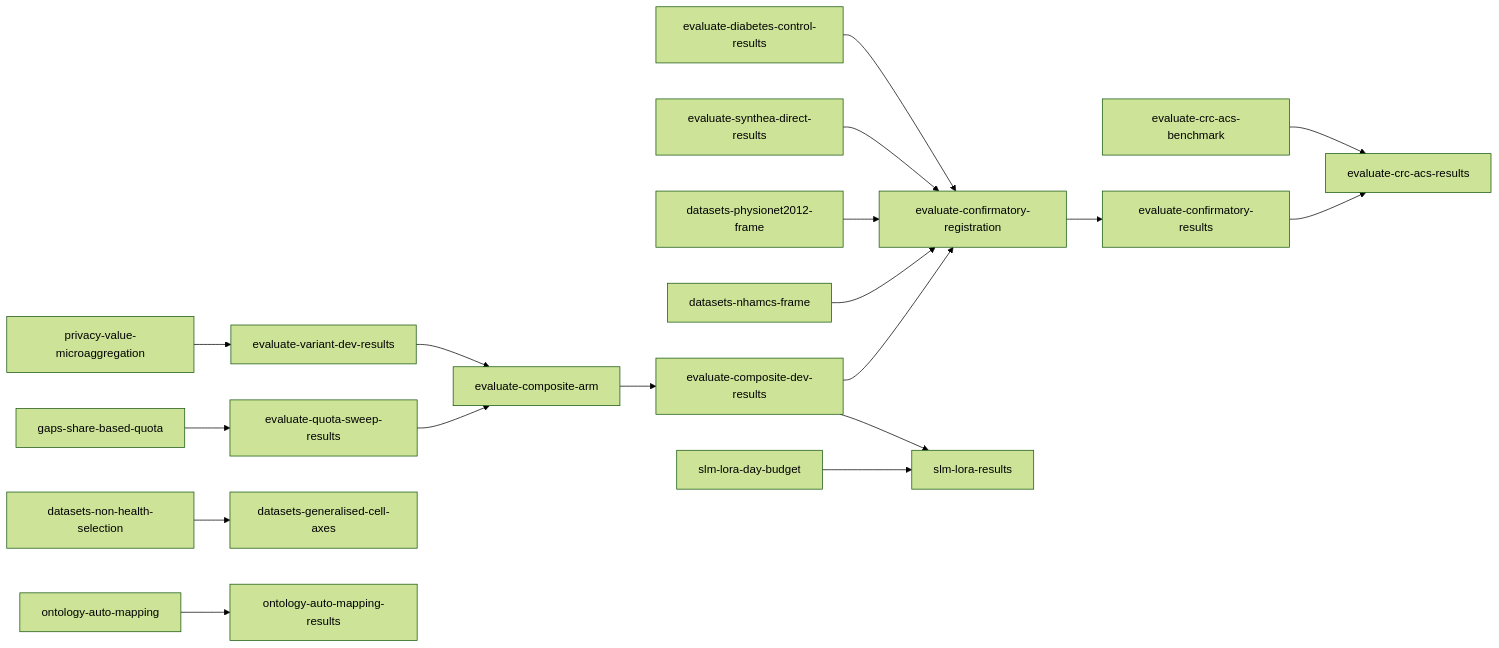
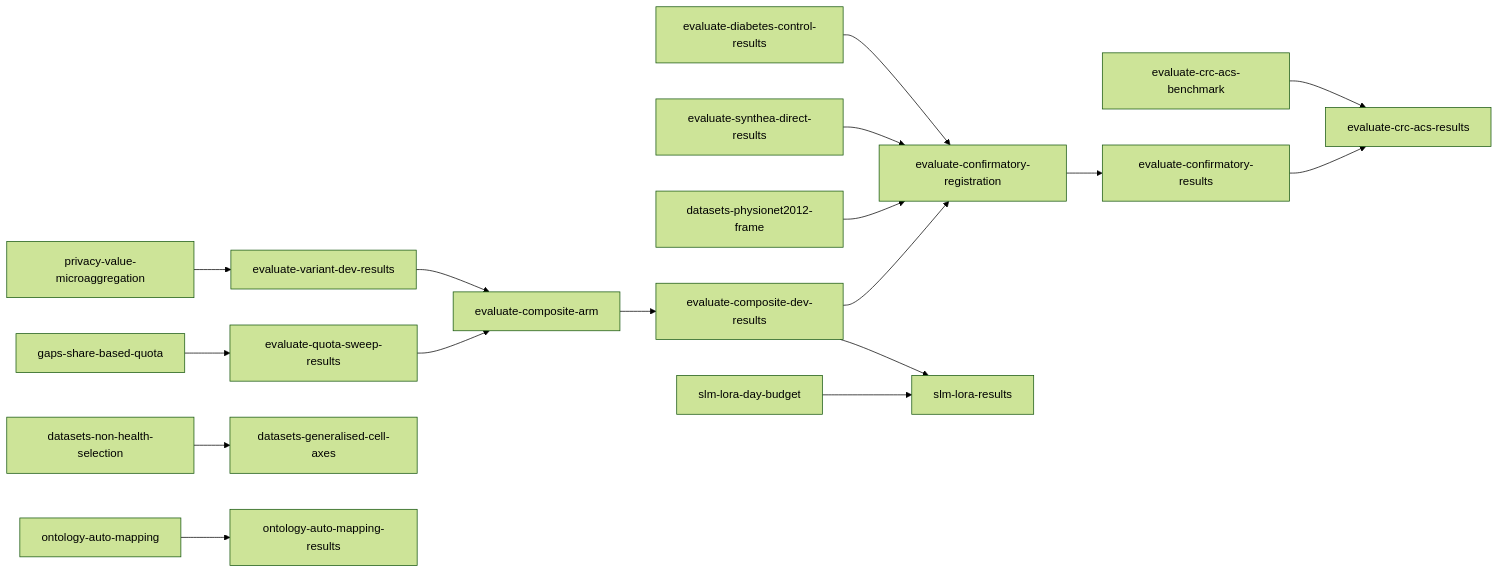
The diagram in tasks/direct-index.md (joe-dartmouth/synthetic), drawn with Mermaid (forest theme) before and after one commit. The commit also changed other lines of this file and 41 other files, not shown here.

First line of the commit message:
Add the NHAMCS 2022 ED frame with ICD-10-CM rows (#139)

````diff
--- a/tasks/direct-index.md
+++ b/tasks/direct-index.md
@@ -64,20 +63,19 @@
 ```mermaid
 flowchart LR
     u16[privacy-value-microaggregation] --> u19[evaluate-variant-dev-results]
     u20[gaps-share-based-quota] --> u21[evaluate-quota-sweep-results]
     u49[datasets-non-health-selection] --> u50[datasets-generalised-cell-axes]
     u19 --> u28[evaluate-composite-arm]
     u21 --> u28
     u28 --> u29[evaluate-composite-dev-results]
     u7[evaluate-diabetes-control-results] --> u30[evaluate-confirmatory-registration]
     u8[evaluate-synthea-direct-results] --> u30
     u47[datasets-physionet2012-frame] --> u30
-    u48[datasets-nhamcs-frame] --> u30
     u29 --> u30
     u30 --> u31[evaluate-confirmatory-results]
     u41[evaluate-crc-acs-benchmark] --> u42[evaluate-crc-acs-results]
     u31 --> u42
     u32[ontology-auto-mapping] --> u33[ontology-auto-mapping-results]
     u29 --> u36[slm-lora-results]
     u51[slm-lora-day-budget] --> u36
 ```
````
